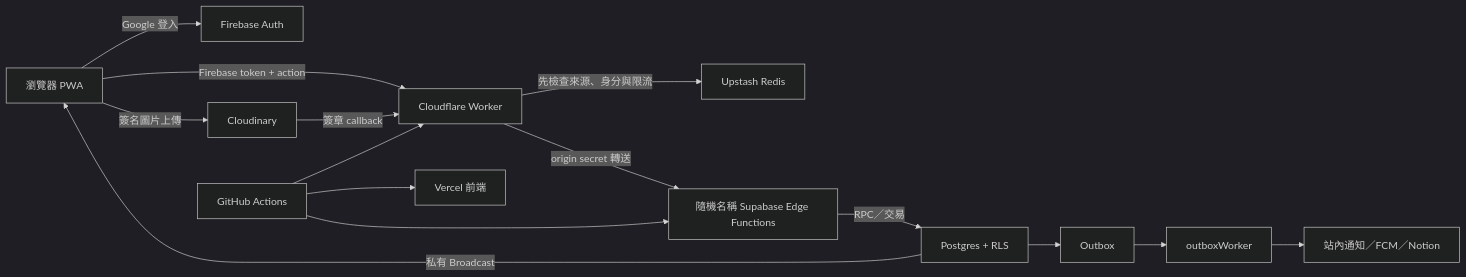
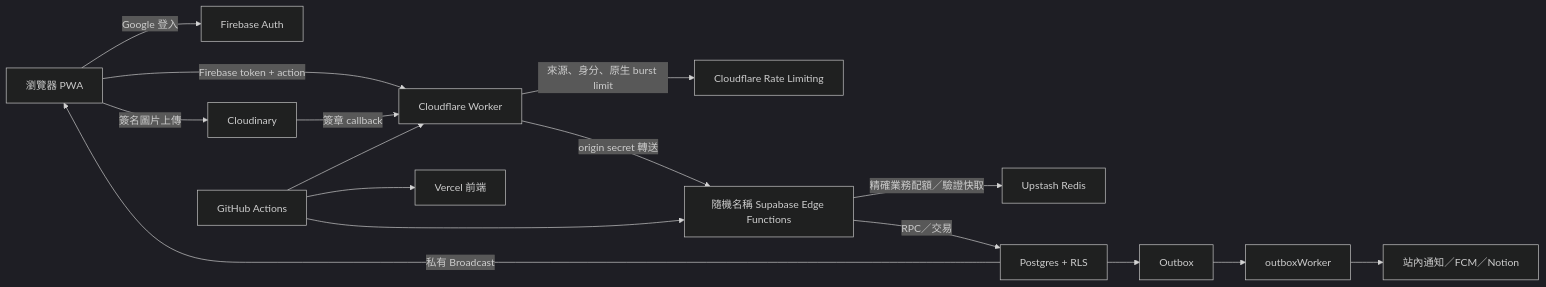
Before and after one commit to tavricccc/novae-website: the first of 2 diagrams in docs/architecture.md, drawn with Mermaid (dark theme). The commit also changed other lines of this file and 20 other files, not shown here.

Commit message:
document layered rate limiting

````diff
--- a/docs/architecture.md
+++ b/docs/architecture.md
@@ -7,17 +7,18 @@
 ```mermaid
 flowchart LR
   U[瀏覽器 PWA] -->|Google 登入| F[Firebase Auth]
   U -->|Firebase token + action| CFW[Cloudflare Worker]
-  CFW -->|先檢查來源、身分與限流| R[Upstash Redis]
+  CFW -->|來源、身分、原生 burst limit| RL[Cloudflare Rate Limiting]
   CFW -->|origin secret 轉送| E[隨機名稱 Supabase Edge Functions]
+  E -->|精確業務配額／驗證快取| R[Upstash Redis]
   E -->|RPC／交易| P[Postgres + RLS]
   P -->|私有 Broadcast| U
   U -->|簽名圖片上傳| C[Cloudinary]
   C -->|簽章 callback| CFW
   P --> O[Outbox]
   O --> W[outboxWorker]
   W --> N[站內通知／FCM／Notion]
   G[GitHub Actions] --> CFW
   G --> E
   G --> V[Vercel 前端]
 ```
````
